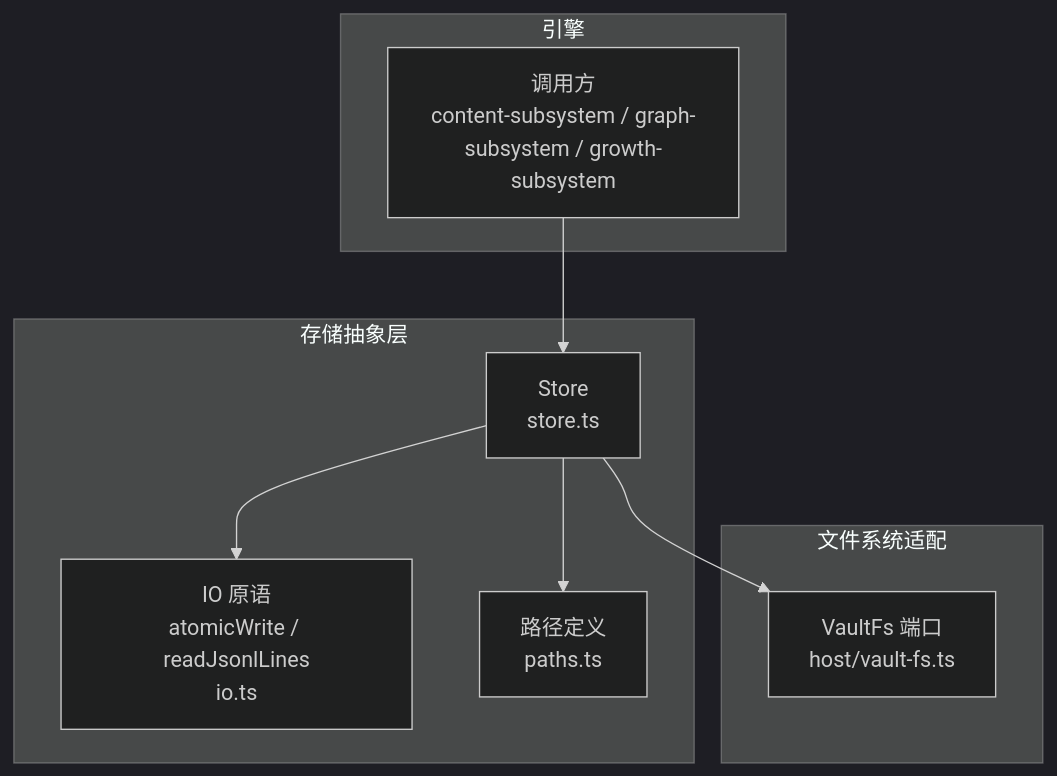
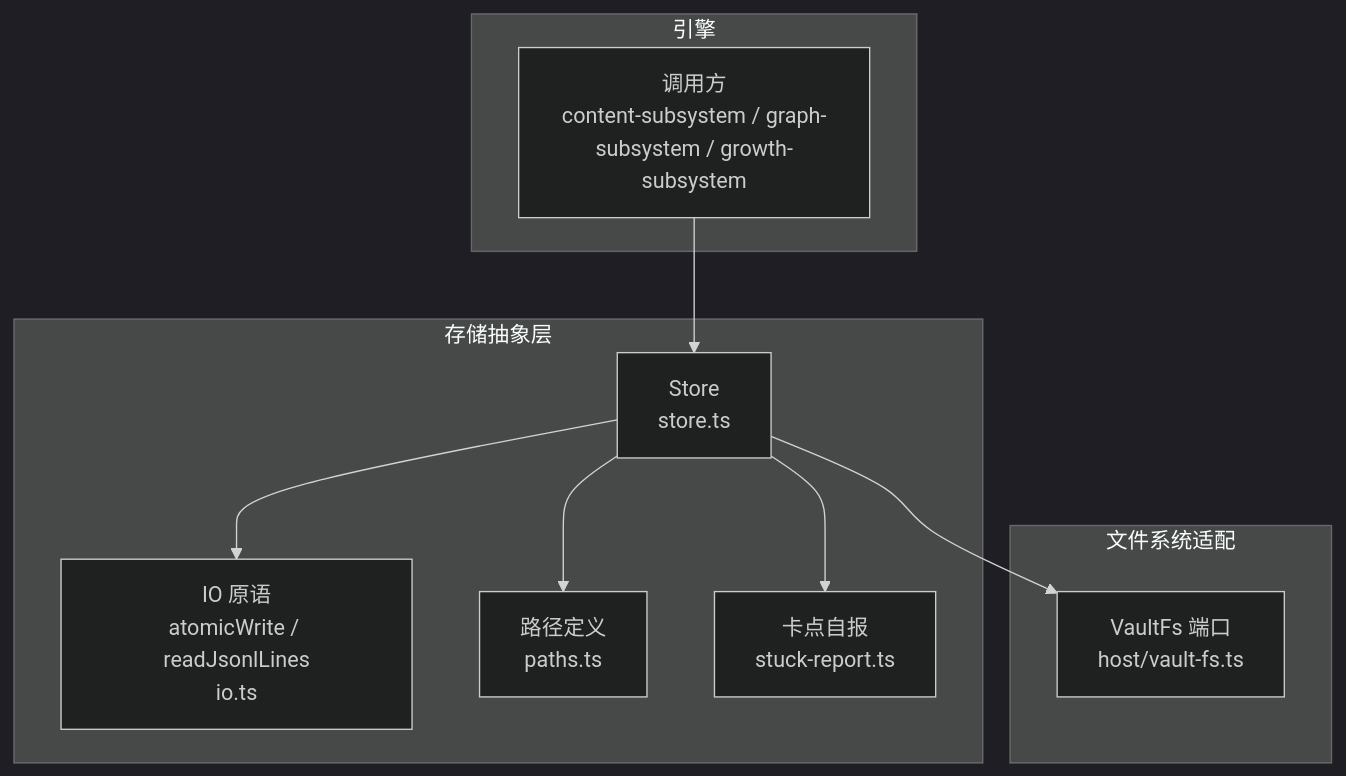
One commit to maozhijie/learnhub-plugin changed the first of 5 diagrams in .qoder/repowiki/zh/content/引擎核心/引擎存储系统/存储抽象层.md. Above: the diagram before and after it, drawn with Mermaid (dark theme). The commit also changed other lines of this file and 8 other files, not shown here.

````diff
--- a/.qoder/repowiki/zh/content/引擎核心/引擎存储系统/存储抽象层.md
+++ b/.qoder/repowiki/zh/content/引擎核心/引擎存储系统/存储抽象层.md
@@ -31,18 +42,20 @@
 ```mermaid
 graph TB
 subgraph "引擎"
 A["调用方<br/>content-subsystem / graph-subsystem / growth-subsystem"]
 end
 subgraph "存储抽象层"
 S["Store<br/>store.ts"]
 I["IO 原语<br/>atomicWrite / readJsonlLines<br/>io.ts"]
 P["路径定义<br/>paths.ts"]
+SR["卡点自报<br/>stuck-report.ts"]
 end
 subgraph "文件系统适配"
 F["VaultFs 端口<br/>host/vault-fs.ts"]
 end
 A --> S
 S --> I
 S --> P
+S --> SR
 S --> F
 ```
````
